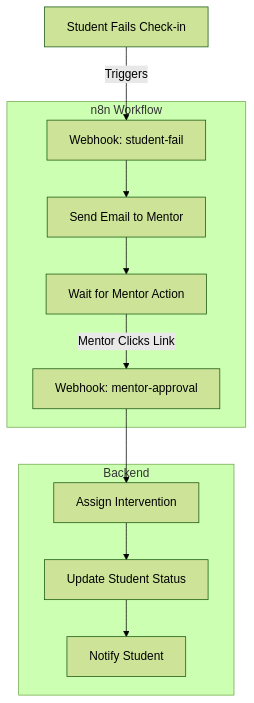
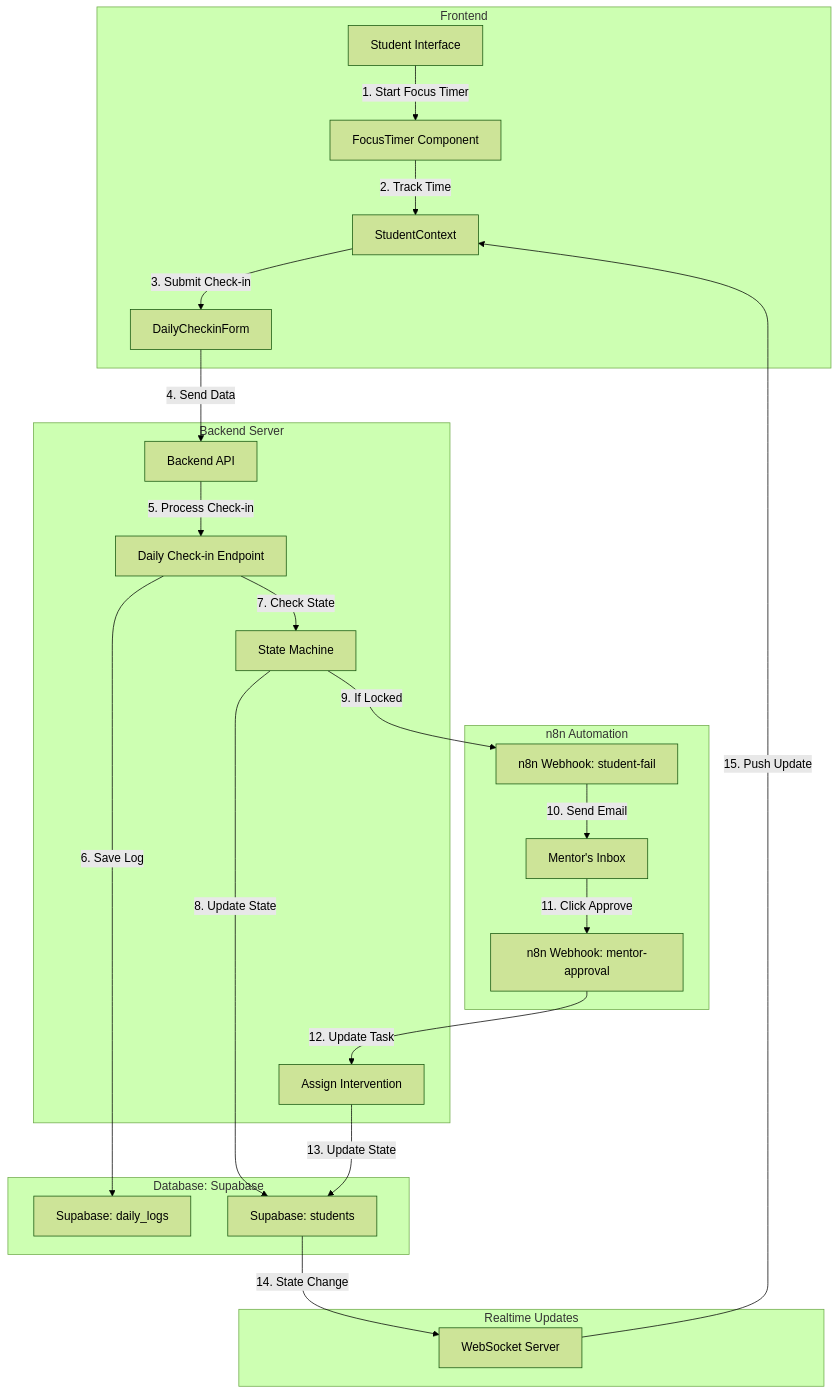
Before and after one commit to ashut0shj/FocusLoop-alcoviai-assignment: the first of 2 diagrams in README.md, drawn with Mermaid (forest theme). The commit also changed other lines of this file, not shown here.

````diff
--- a/README.md
+++ b/README.md
@@ -35,23 +35,55 @@
 ```mermaid
 flowchart TD
-    A[Student Fails Check-in] -->|Triggers| B[Webhook: student-fail]
-    B --> C[Send Email to Mentor]
-    C --> D[Wait for Mentor Action]
-    D -->|Mentor Clicks Link| E[Webhook: mentor-approval]
-    E --> F[Assign Intervention]
-    F --> G[Update Student Status]
-    G --> H[Notify Student]
+    %% Frontend Components
+    A[Student Interface] -->|1. Start Focus Timer| B[FocusTimer Component]
+    B -->|2. Track Time| C[StudentContext]
+    C -->|3. Submit Check-in| D[DailyCheckinForm]
+    D -->|4. Send Data| E[Backend API]
     
-    subgraph n8n Workflow
+    %% Backend Flow
+    E -->|5. Process Check-in| F[Daily Check-in Endpoint]
+    F -->|6. Save Log| G[Supabase: daily_logs]
+    F -->|7. Check State| H[State Machine]
+    H -->|8. Update State| I[Supabase: students]
+    
+    %% n8n Automation
+    H -->|9. If Locked| J[n8n Webhook: student-fail]
+    J -->|10. Send Email| K[Mentor's Inbox]
+    K -->|11. Click Approve| L[n8n Webhook: mentor-approval]
+    L -->|12. Update Task| M[Assign Intervention]
+    M -->|13. Update State| I
+    
+    %% Real-time Updates
+    I -->|14. State Change| N[WebSocket Server]
+    N -->|15. Push Update| C
+    
+    %% Subgraphs for Clarity
+    subgraph Frontend
+        A
         B
         C
         D
-        E
     end
     
-    subgraph Backend
+    subgraph Backend[Backend Server]
+        E
         F
+        H
+        M
+    end
+    
+    subgraph Database[Database: Supabase]
         G
-        H
+        I
+    end
+    
+    subgraph Automation[n8n Automation]
+        J
+        K
+        L
+    end
+    
+    subgraph Realtime[Realtime Updates]
+        N
     end
 ```
````
